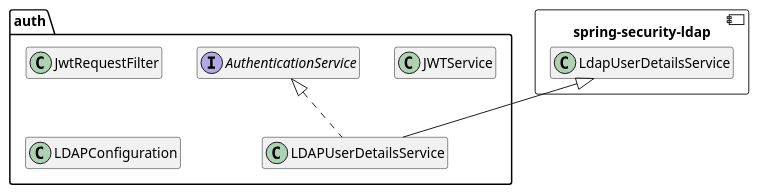
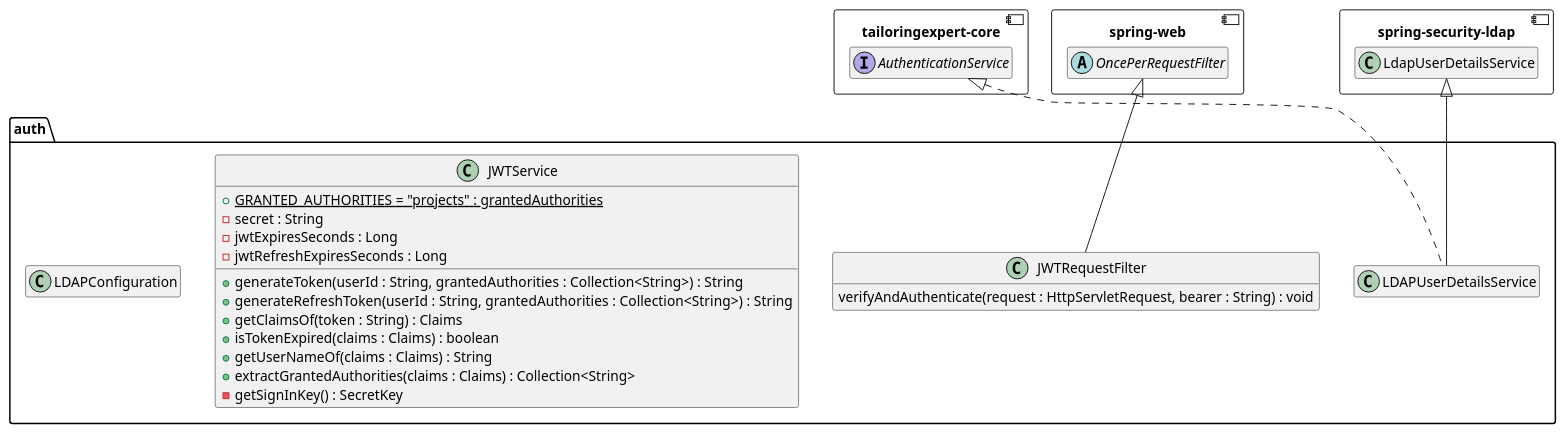
Before and after one commit to tailoringexpert/platform: the diagram in src/site/arc42/plantuml/security-ldap/auth/Ebene3.plantuml, drawn with PlantUML. The commit also changed 9 other files, not shown here.

```diff
--- a/src/site/arc42/plantuml/security-ldap/auth/Ebene3.plantuml
+++ b/src/site/arc42/plantuml/security-ldap/auth/Ebene3.plantuml
@@ -1,28 +1,48 @@
 @startuml Ebene3.png
 hide empty members
 
+component [tailoringexpert-core] {
+        interface AuthenticationService
+}
+component [spring-web] {
+    abstract class OncePerRequestFilter
+}
 
 component [spring-security-ldap] {
     class "LdapUserDetailsService" as springLdapUserDetailsService
 }
 
 package auth {
 
-    interface AuthenticationService
-
     class LDAPUserDetailsService {
     }
     AuthenticationService <|.. LDAPUserDetailsService
     springLdapUserDetailsService <|-- LDAPUserDetailsService
-    class JwtRequestFilter {
+
+    class JWTRequestFilter {
+        verifyAndAuthenticate(request : HttpServletRequest, bearer : String) : void
     }
+    OncePerRequestFilter <|-- JWTRequestFilter
 
     class JWTService {
+        +{static} GRANTED_AUTHORITIES = "projects" : grantedAuthorities
+        -secret : String
+        -jwtExpiresSeconds : Long
+        -jwtRefreshExpiresSeconds : Long
+
+        +generateToken(userId : String, grantedAuthorities :  Collection<String>) : String
+        +generateRefreshToken(userId : String, grantedAuthorities :  Collection<String>) : String
+        +getClaimsOf(token : String) : Claims
+        +isTokenExpired(claims : Claims) : boolean
+        +getUserNameOf(claims : Claims) : String
+        +extractGrantedAuthorities(claims : Claims) : Collection<String>
+        -getSignInKey() : SecretKey
+
     }
 
     class LDAPConfiguration {
     }
 
 
 }
 @enduml
```
